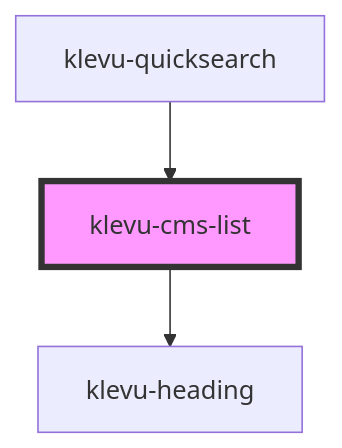
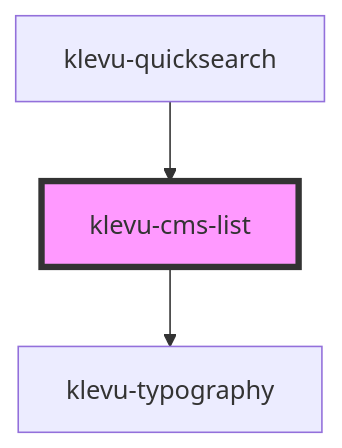
Before and after one commit to klevultd/frontend-sdk: the diagram in packages/klevu-ui/src/components/klevu-cms-list/readme.md, drawn with Mermaid. The commit also changed other lines of this file and 39 other files, not shown here.

Commit message:
change heading to typography and create system

````diff
--- a/packages/klevu-ui/src/components/klevu-cms-list/readme.md
+++ b/packages/klevu-ui/src/components/klevu-cms-list/readme.md
@@ -44,6 +44,6 @@
 ```mermaid
 graph TD;
-  klevu-cms-list --> klevu-heading
+  klevu-cms-list --> klevu-typography
   klevu-quicksearch --> klevu-cms-list
   style klevu-cms-list fill:#f9f,stroke:#333,stroke-width:4px
 ```
````
